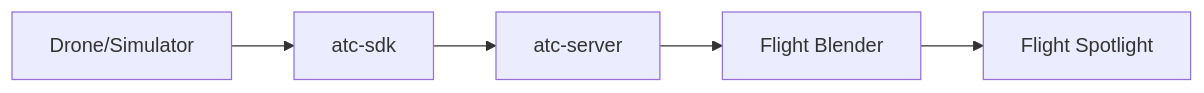
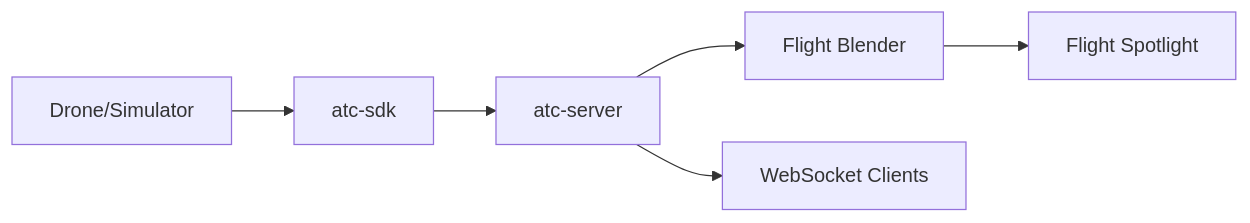
The diagram in README.md (ezrakhuzadi/atc-drone), drawn with Mermaid before and after one commit. The commit also changed other lines of this file, not shown here.

````diff
--- a/README.md
+++ b/README.md
@@ -9,7 +9,8 @@
 ```mermaid
 graph LR
     Drone[Drone/Simulator] --> SDK[atc-sdk]
     SDK --> Server[atc-server]
     Server --> Blender[Flight Blender]
     Blender --> Spotlight[Flight Spotlight]
+    Server --> WS[WebSocket Clients]
 ```
````
